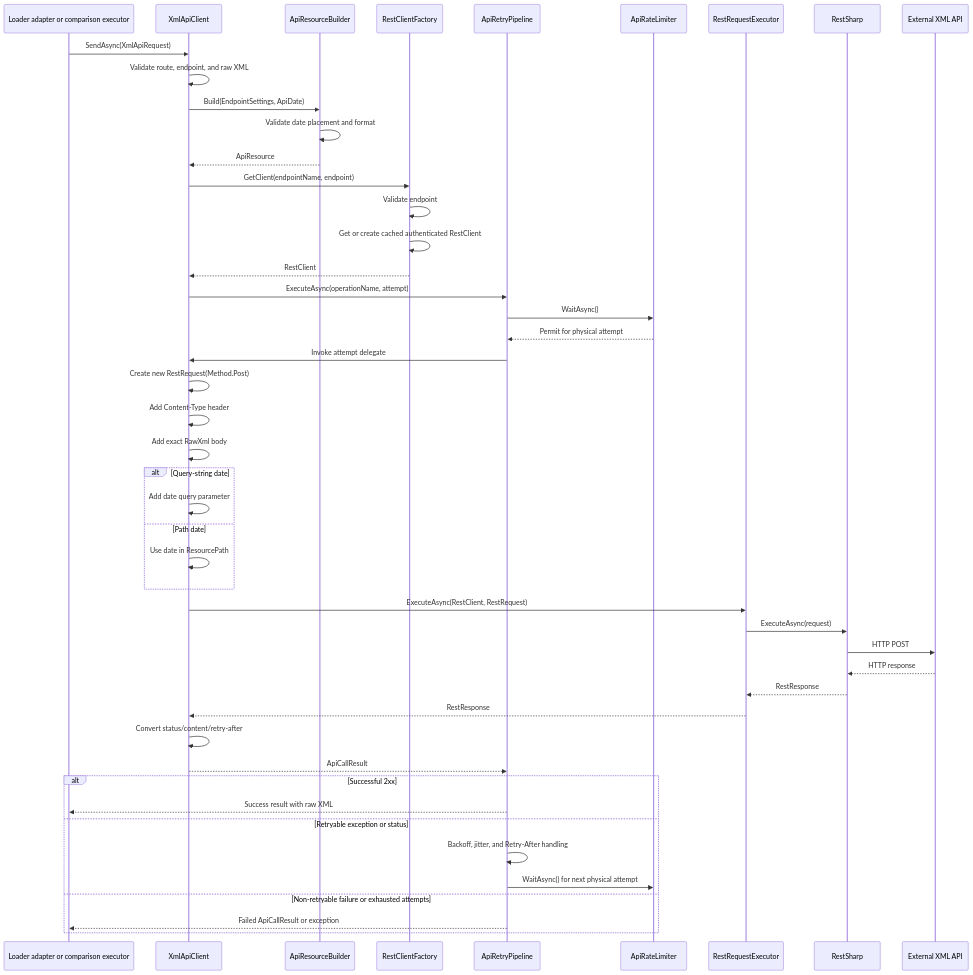
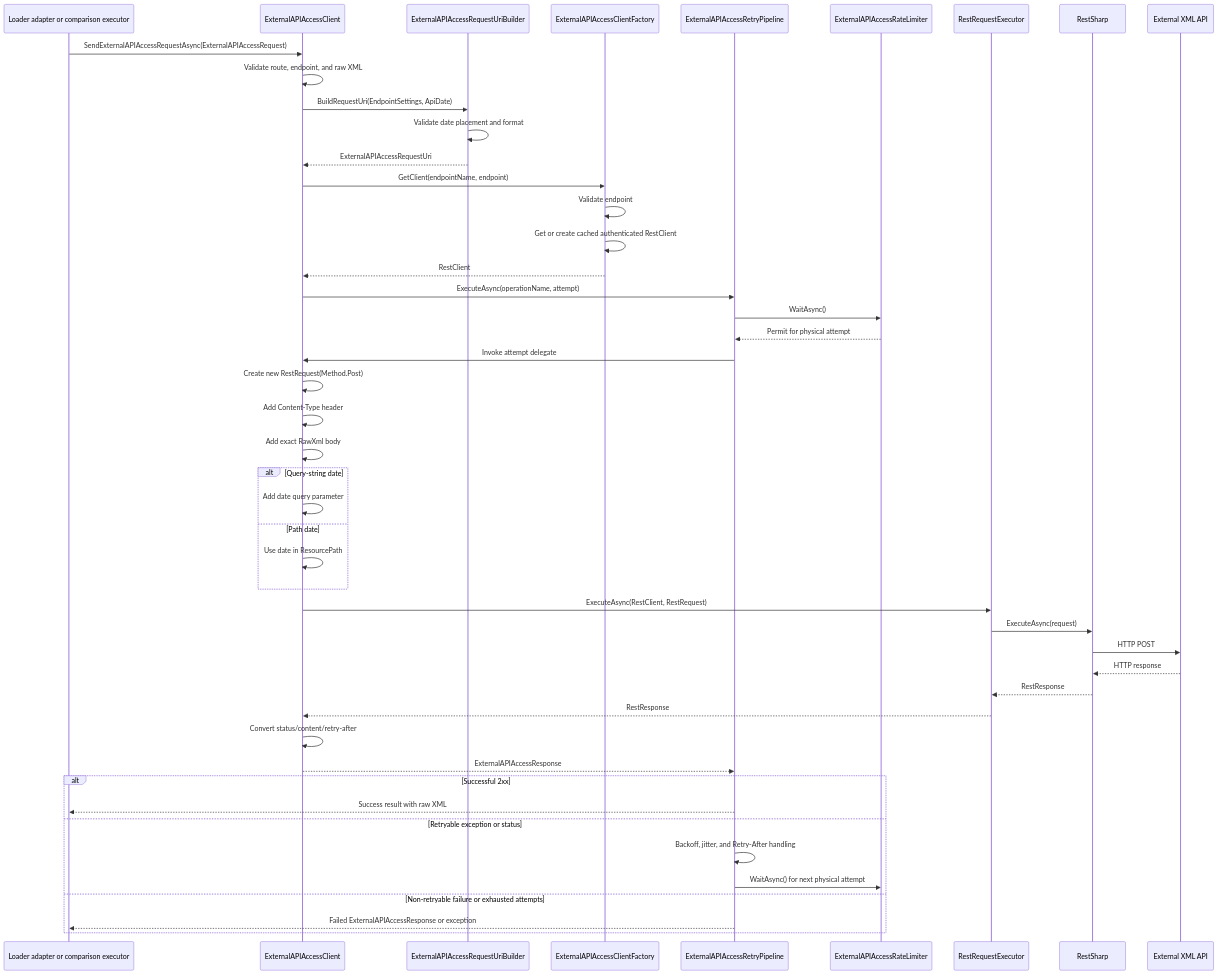
Before and after one commit to ChetanChohan7/playwright-bdd-acorn: the fourth of 8 diagrams in FuzzyPricingMatcher/docs/sequence-diagrams.md, drawn with Mermaid. The commit also changed other lines of this file and 108 other files, not shown here.

````diff
--- a/FuzzyPricingMatcher/docs/sequence-diagrams.md
+++ b/FuzzyPricingMatcher/docs/sequence-diagrams.md
@@ -160,50 +160,50 @@
 ```mermaid
 sequenceDiagram
     participant Caller as Loader adapter or comparison executor
-    participant Client as XmlApiClient
-    participant Resource as ApiResourceBuilder
-    participant Factory as RestClientFactory
-    participant Retry as ApiRetryPipeline
-    participant Limit as ApiRateLimiter
+    participant Client as ExternalAPIAccessClient
+    participant Resource as ExternalAPIAccessRequestUriBuilder
+    participant Factory as ExternalAPIAccessClientFactory
+    participant Retry as ExternalAPIAccessRetryPipeline
+    participant Limit as ExternalAPIAccessRateLimiter
     participant Executor as RestRequestExecutor
     participant Rest as RestSharp
     participant Endpoint as External XML API
 
-    Caller->>Client: SendAsync(XmlApiRequest)
+    Caller->>Client: SendExternalAPIAccessRequestAsync(ExternalAPIAccessRequest)
     Client->>Client: Validate route, endpoint, and raw XML
-    Client->>Resource: Build(EndpointSettings, ApiDate)
+    Client->>Resource: BuildRequestUri(EndpointSettings, ApiDate)
     Resource->>Resource: Validate date placement and format
-    Resource-->>Client: ApiResource
+    Resource-->>Client: ExternalAPIAccessRequestUri
     Client->>Factory: GetClient(endpointName, endpoint)
     Factory->>Factory: Validate endpoint
     Factory->>Factory: Get or create cached authenticated RestClient
     Factory-->>Client: RestClient
     Client->>Retry: ExecuteAsync(operationName, attempt)
     Retry->>Limit: WaitAsync()
     Limit-->>Retry: Permit for physical attempt
     Retry->>Client: Invoke attempt delegate
     Client->>Client: Create new RestRequest(Method.Post)
     Client->>Client: Add Content-Type header
     Client->>Client: Add exact RawXml body
     alt Query-string date
         Client->>Client: Add date query parameter
     else Path date
         Client->>Client: Use date in ResourcePath
     end
     Client->>Executor: ExecuteAsync(RestClient, RestRequest)
     Executor->>Rest: ExecuteAsync(request)
     Rest->>Endpoint: HTTP POST
     Endpoint-->>Rest: HTTP response
     Rest-->>Executor: RestResponse
     Executor-->>Client: RestResponse
     Client->>Client: Convert status/content/retry-after
-    Client-->>Retry: ApiCallResult
+    Client-->>Retry: ExternalAPIAccessResponse
     alt Successful 2xx
         Retry-->>Caller: Success result with raw XML
     else Retryable exception or status
         Retry->>Retry: Backoff, jitter, and Retry-After handling
         Retry->>Limit: WaitAsync() for next physical attempt
     else Non-retryable failure or exhausted attempts
-        Retry-->>Caller: Failed ApiCallResult or exception
+        Retry-->>Caller: Failed ExternalAPIAccessResponse or exception
     end
 ```
````
